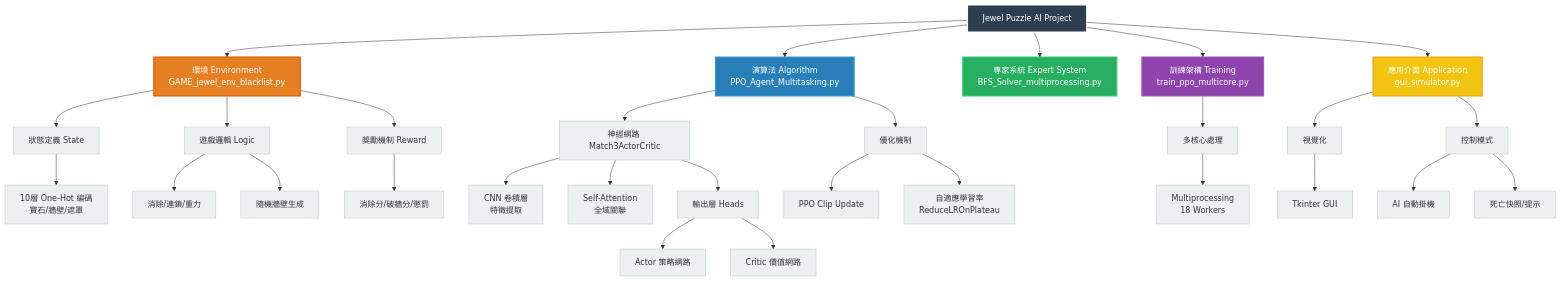
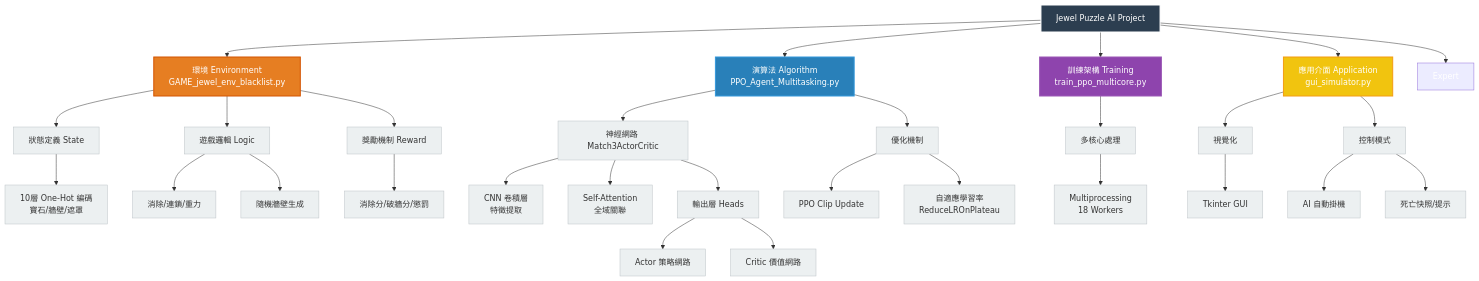
The diagram in jewel_ai/PPO/README.md (gordonpow/Machine-Learning-and-Practice), drawn with Mermaid before and after one commit.

````diff
--- a/jewel_ai/PPO/README.md
+++ b/jewel_ai/PPO/README.md
@@ -163,59 +163,58 @@
 ```mermaid
 graph TD
     %% 定義樣式
     classDef root fill:#2c3e50,stroke:#fff,stroke-width:2px,color:#fff;
     classDef env fill:#e67e22,stroke:#d35400,stroke-width:2px,color:#fff;
     classDef algo fill:#2980b9,stroke:#3498db,stroke-width:2px,color:#fff;
     classDef expert fill:#27ae60,stroke:#2ecc71,stroke-width:2px,color:#fff;
     classDef train fill:#8e44ad,stroke:#9b59b6,stroke-width:2px,color:#fff;
     classDef ui fill:#f1c40f,stroke:#f39c12,stroke-width:2px,color:#fff;
     classDef sub fill:#ecf0f1,stroke:#bdc3c7,stroke-width:1px,color:#333;
 
     %% 根節點
     Root[Jewel Puzzle AI Project]:::root
 
     %% 第一層
     Env[環境 Environment<br>GAME_jewel_env_blacklist.py]:::env
     Algo[演算法 Algorithm<br>PPO_Agent_Multitasking.py]:::algo
-    Expert[專家系統 Expert System<br>BFS_Solver_multiprocessing.py]:::expert
     Train[訓練架構 Training<br>train_ppo_multicore.py]:::train
     UI[應用介面 Application<br>gui_simulator.py]:::ui
 
     Root --> Env
     Root --> Algo
     Root --> Expert
     Root --> Train
     Root --> UI
 
     %% 環境細節
     Env --> State[狀態定義 State]:::sub
     State --> OneHot[10層 One-Hot 編碼<br>寶石/牆壁/遮罩]:::sub
     Env --> Logic[遊戲邏輯 Logic]:::sub
     Logic --> Rules[消除/連鎖/重力]:::sub
     Logic --> Wall[隨機牆壁生成]:::sub
     Env --> Reward[獎勵機制 Reward]:::sub
     Reward --> R_Calc[消除分/破牆分/懲罰]:::sub
 
     %% 演算法細節
     Algo --> Network[神經網路 Match3ActorCritic]:::sub
     Network --> CNN[CNN 卷積層<br>特徵提取]:::sub
     Network --> Attention[Self-Attention<br>全域關聯]:::sub
     Network --> Heads[輸出層 Heads]:::sub
     Heads --> Actor[Actor 策略網路]:::sub
     Heads --> Critic[Critic 價值網路]:::sub
     Algo --> Opt[優化機制]:::sub
     Opt --> PPO[PPO Clip Update]:::sub
     Opt --> LR[自適應學習率<br>ReduceLROnPlateau]:::sub
 
 
     %% 訓練架構細節
     Train --> Multi[多核心處理]:::sub
     Multi --> MP[Multiprocessing<br>18 Workers]:::sub
 
     %% UI 細節
     UI --> Visual[視覺化]:::sub
     Visual --> Tkinter[Tkinter GUI]:::sub
     UI --> Control[控制模式]:::sub
     Control --> Auto[AI 自動掛機]:::sub
     Control --> Debug[死亡快照/提示]:::sub
 ```
````
